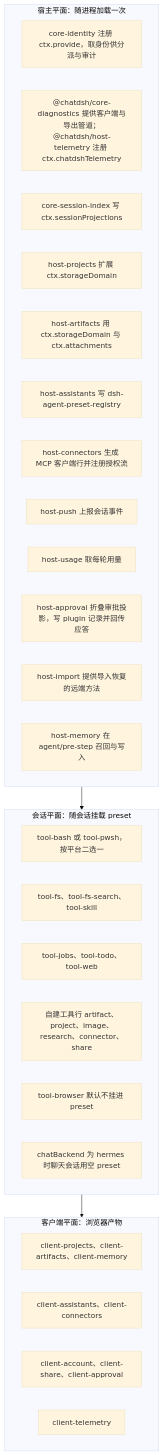
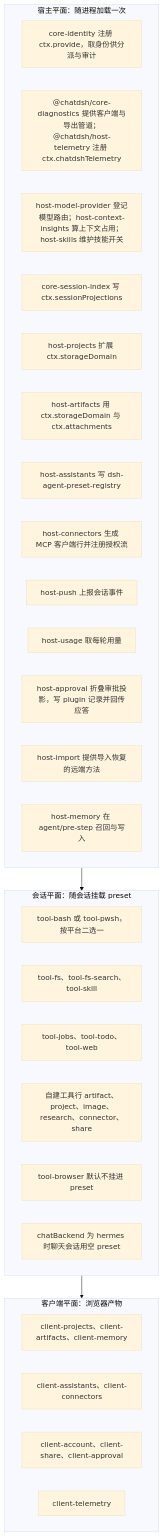
One commit to wenzetan/chatdsh changed the fifth of 17 diagrams in runtime/docs/architecture-diagram.md. Above: the diagram before and after it, drawn with Mermaid (base theme). The commit also changed other lines of this file and 1 other file, not shown here.

````diff
--- a/runtime/docs/architecture-diagram.md
+++ b/runtime/docs/architecture-diagram.md
@@ -170,33 +170,34 @@
 ```mermaid
 flowchart TB
   subgraph HOST["宿主平面：随进程加载一次"]
     H1["core-identity 注册 ctx.provide，取身份供分派与审计"]
     H2["@chatdsh/core-diagnostics 提供客户端与导出管道；@chatdsh/host-telemetry 注册 ctx.chatdshTelemetry"]
+    H2B["host-model-provider 登记模型路由；host-context-insights 算上下文占用；host-skills 维护技能开关"]
     H3["core-session-index 写 ctx.sessionProjections"]
     H4["host-projects 扩展 ctx.storageDomain"]
     H5["host-artifacts 用 ctx.storageDomain 与 ctx.attachments"]
     H6["host-assistants 写 dsh-agent-preset-registry"]
     H7["host-connectors 生成 MCP 客户端行并注册授权流"]
     H8["host-push 上报会话事件"]
     H9["host-usage 取每轮用量"]
     H10["host-approval 折叠审批投影，写 plugin 记录并回传应答"]
     H11["host-import 提供导入恢复的远端方法"]
     H12["host-memory 在 agent/pre-step 召回与写入"]
   end
   subgraph SESS["会话平面：随会话挂载 preset"]
     S1["tool-bash 或 tool-pwsh，按平台二选一"]
     S2["tool-fs、tool-fs-search、tool-skill"]
     S3["tool-jobs、tool-todo、tool-web"]
     S4["自建工具行 artifact、project、image、research、connector、share"]
     S5["tool-browser 默认不挂进 preset"]
     S6["chatBackend 为 hermes 时聊天会话用空 preset"]
   end
   subgraph CLI["客户端平面：浏览器产物"]
     C1["client-projects、client-artifacts、client-memory"]
     C2["client-assistants、client-connectors"]
     C3["client-account、client-share、client-approval"]
     C4["client-telemetry"]
   end
   HOST --> SESS
   SESS --> CLI
 ```
````
